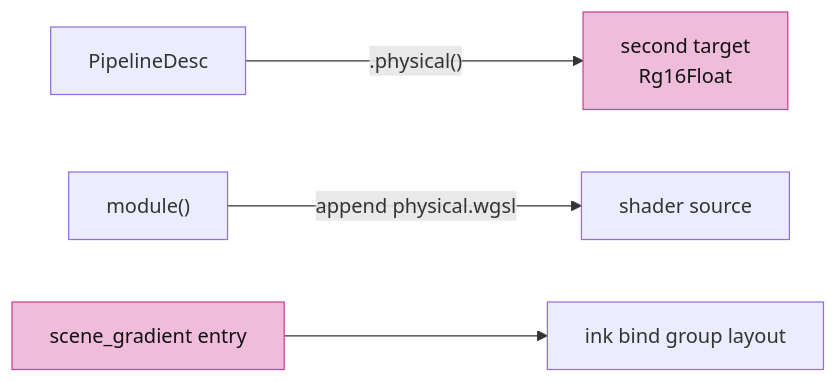
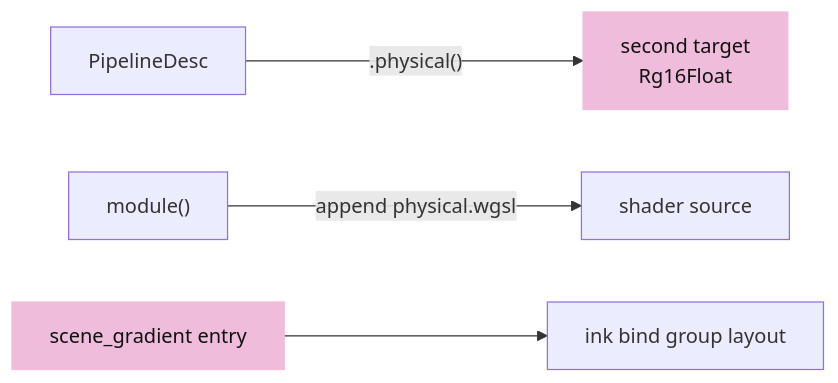
Diagram 12 of 15 in session_viewer/docs/05-visibility.md (petrasvestartas/session), drawn with Mermaid before and after one commit. The commit also changed other lines of this file and 324 other files, not shown here.

````diff
--- a/session_viewer/docs/05-visibility.md
+++ b/session_viewer/docs/05-visibility.md
@@ -246,8 +274,8 @@
 ```mermaid
 flowchart LR
     D["PipelineDesc"] -- ".physical()" --> P["second target<br/>Rg16Float"]
     M["module()"] -- "append physical.wgsl" --> S["shader source"]
     L["scene_gradient entry"] --> B["ink bind group layout"]
-    style P fill:#f0bcdb,stroke:#ce4095,color:#111
-    style L fill:#f0bcdb,stroke:#ce4095,color:#111
+    style P fill:#f0bcdb,stroke:#f0bcdb,color:#111
+    style L fill:#f0bcdb,stroke:#f0bcdb,color:#111
 ```
````
